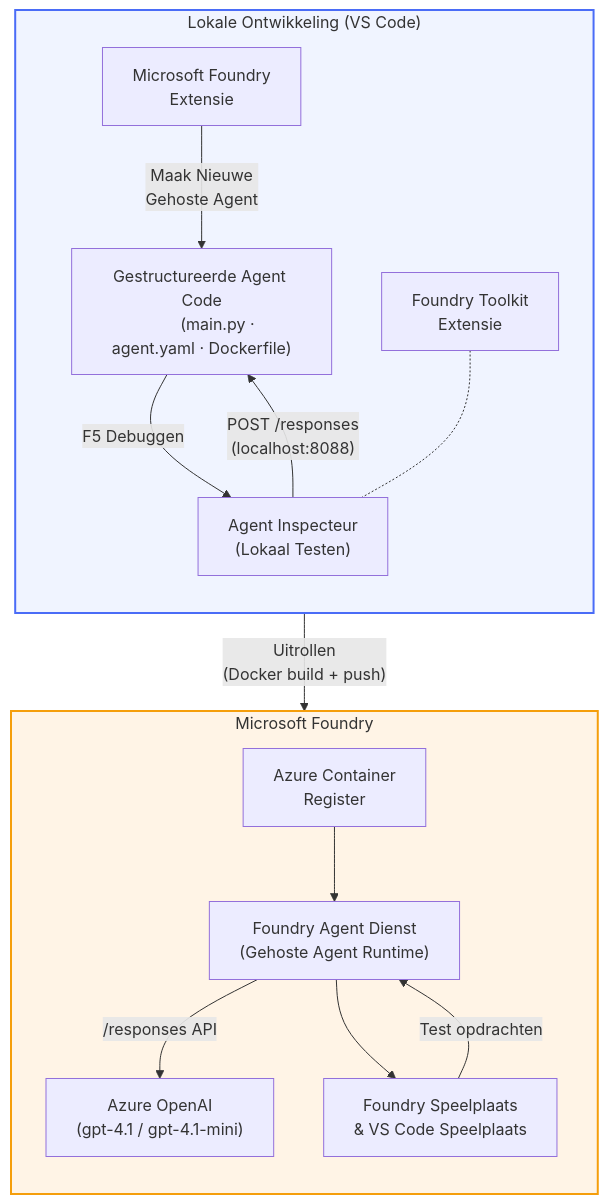
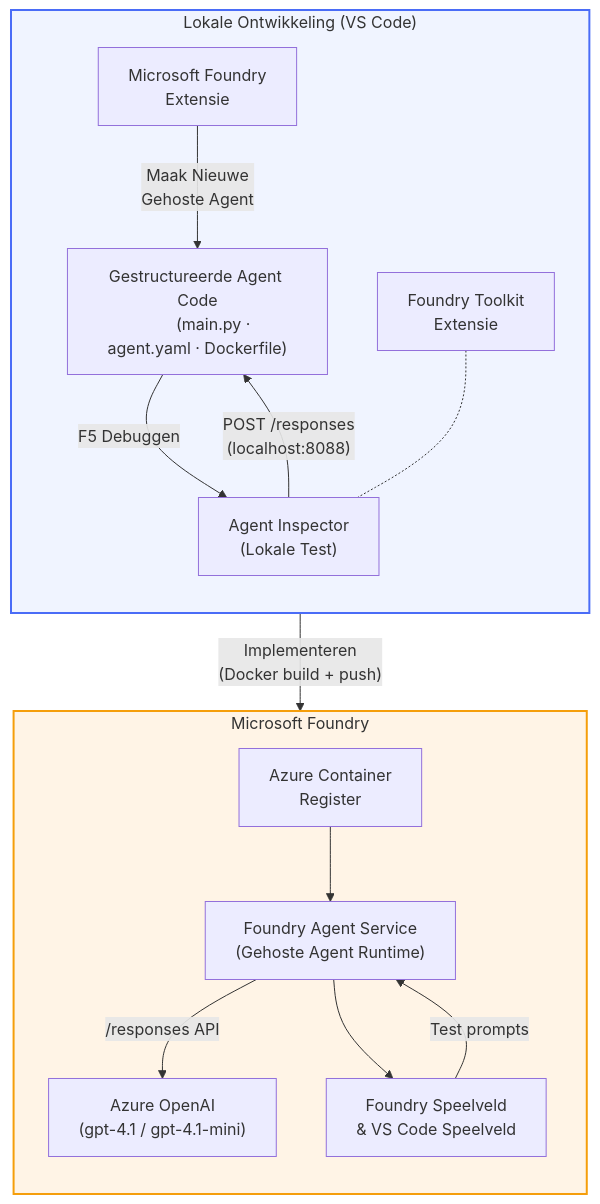
The diagram in translations/nl/README.md (microsoft-foundry/Foundry_Toolkit_for_VSCode_Lab), drawn with Mermaid before and after one commit. The commit also changed other lines of this file and 110 other files, not shown here.

````diff
--- a/translations/nl/README.md
+++ b/translations/nl/README.md
@@ -48,42 +52,42 @@
 ```mermaid
 flowchart TB
     subgraph Local["Lokale Ontwikkeling (VS Code)"]
         direction TB
         FE["Microsoft Foundry
         Extensie"]
         FoundryToolkit["Foundry Toolkit
         Extensie"]
         Scaffold["Gestructureerde Agent Code
         (main.py · agent.yaml · Dockerfile)"]
-        Inspector["Agent Inspecteur
-        (Lokaal Testen)"]
+        Inspector["Agent Inspector
+        (Lokale Test)"]
         FE -- "Maak Nieuwe
         Gehoste Agent" --> Scaffold
         Scaffold -- "F5 Debuggen" --> Inspector
         FoundryToolkit -.- Inspector
     end
 
     subgraph Cloud["Microsoft Foundry"]
         direction TB
         ACR["Azure Container
         Register"]
-        AgentService["Foundry Agent Dienst
+        AgentService["Foundry Agent Service
         (Gehoste Agent Runtime)"]
         Model["Azure OpenAI
         (gpt-4.1 / gpt-4.1-mini)"]
-        Playground["Foundry Speelplaats
-        & VS Code Speelplaats"]
+        Playground["Foundry Speelveld
+        & VS Code Speelveld"]
         ACR --> AgentService
         AgentService -- "/responses API" --> Model
         AgentService --> Playground
     end
 
-    Scaffold -- "Uitrollen
+    Scaffold -- "Implementeren
     (Docker build + push)" --> ACR
     Inspector -- "POST /responses
     (localhost:8088)" --> Scaffold
-    Playground -- "Test opdrachten" --> AgentService
+    Playground -- "Test prompts" --> AgentService
 
     style Local fill:#f0f4ff,stroke:#4a6cf7,stroke-width:2px
     style Cloud fill:#fff4e6,stroke:#f59e0b,stroke-width:2px
 ```
````
